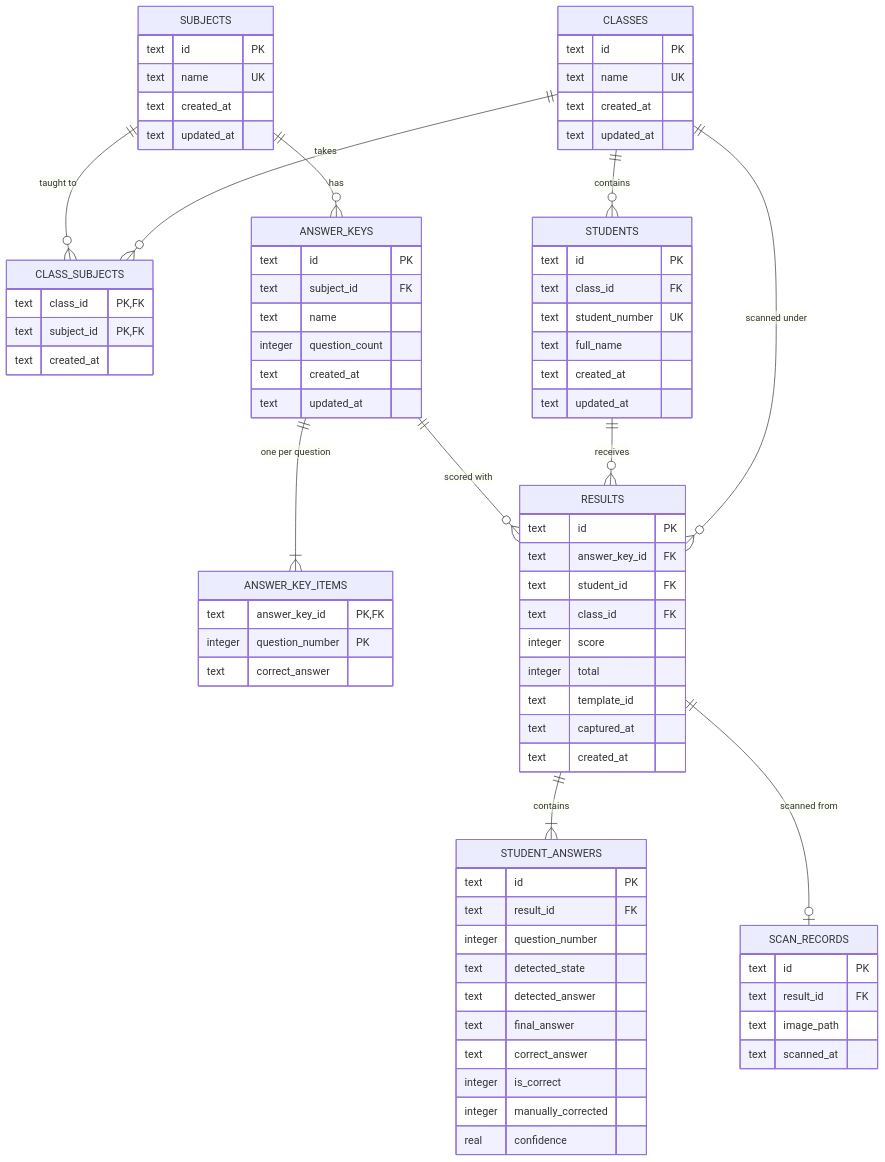
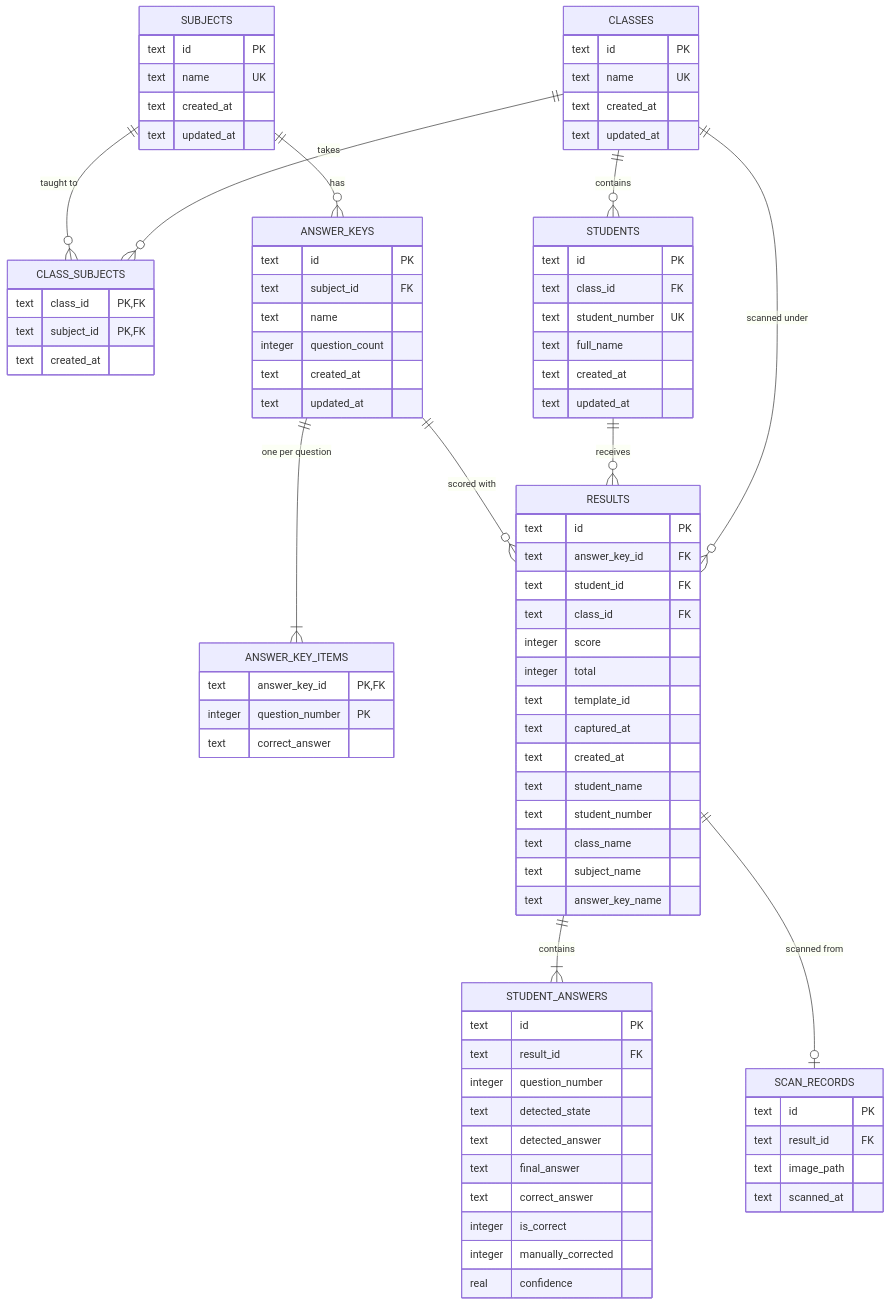
Before and after one commit to nicolaseugenio2022-cyber/answer-checker: the fourth of 13 diagrams in docs/diagrams.md, drawn with Mermaid. The commit also changed other lines of this file and 5 other files, not shown here.

Commit message:
docs: synchronize documentation with schema version 7 and Results

```diff
--- a/docs/diagrams.md
+++ b/docs/diagrams.md
@@ -199,6 +179,11 @@
         text template_id
         text captured_at
         text created_at
+        text student_name
+        text student_number
+        text class_name
+        text subject_name
+        text answer_key_name
     }
     STUDENT_ANSWERS {
         text id PK
```
